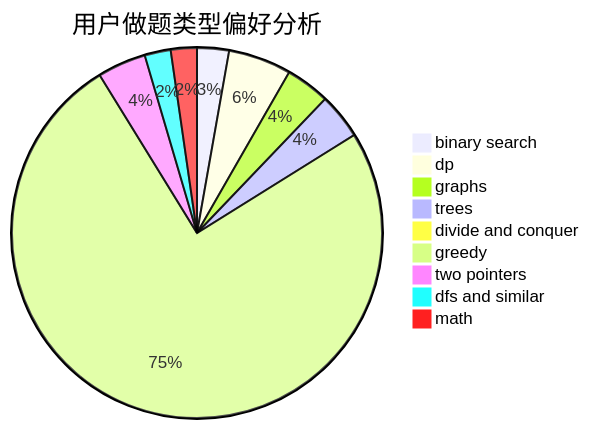
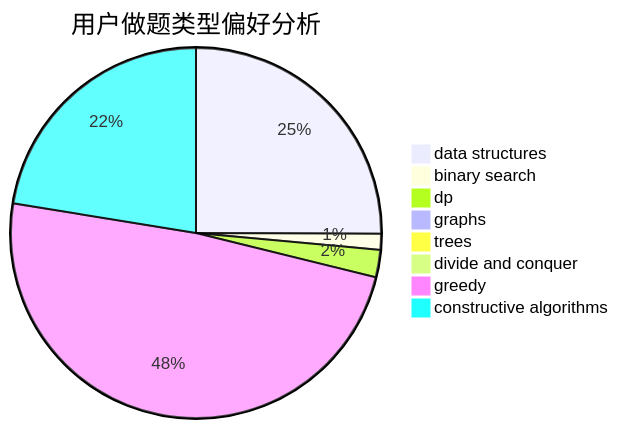
One commit to sherpahu/cfrs.github.io changed the second of 3 diagrams in docs/user/u1343.md. Above: the diagram before and after it, drawn with Mermaid. The commit also changed other lines of this file and 2775 other files, not shown here.

````diff
--- a/docs/user/u1343.md
+++ b/docs/user/u1343.md
@@ -23,12 +23,11 @@
 ```mermaid
 pie title 用户做题类型偏好分析
-    "binary search" :  44
-    "dp" :  87
-    "graphs" :  61
-    "trees" :  63
+    "data structures" :  430
+    "binary search" :  24
+    "dp" :  41
+    "graphs" :  7
+    "trees" :  3
     "divide and conquer" :  0
-    "greedy" :  1187
-    "two pointers" :  67
-    "dfs and similar" :  36
-    "math" :  36
+    "greedy" :  836
+    "constructive algorithms" :  385
 ```
````
